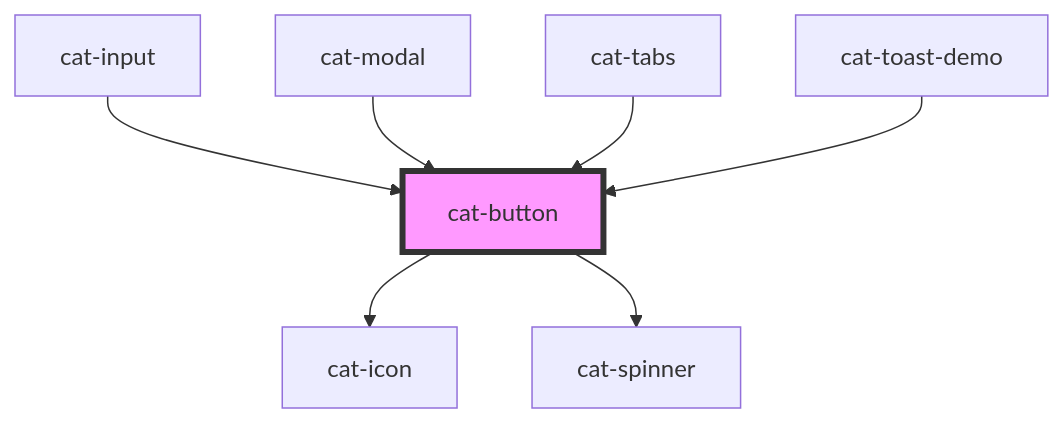
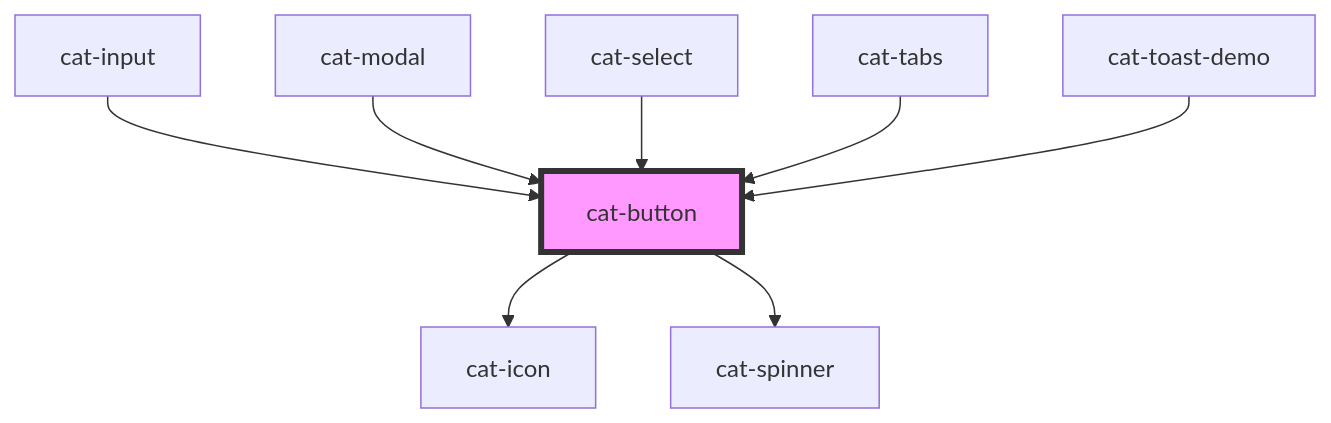
The diagram in core/src/components/cat-button/readme.md (haiilo/catalyst), drawn with Mermaid before and after one commit. The commit also changed other lines of this file and 23 other files, not shown here.

````diff
--- a/core/src/components/cat-button/readme.md
+++ b/core/src/components/cat-button/readme.md
@@ -77,10 +78,11 @@
 ```mermaid
 graph TD;
   cat-button --> cat-icon
   cat-button --> cat-spinner
   cat-input --> cat-button
   cat-modal --> cat-button
+  cat-select --> cat-button
   cat-tabs --> cat-button
   cat-toast-demo --> cat-button
   style cat-button fill:#f9f,stroke:#333,stroke-width:4px
 ```
````
